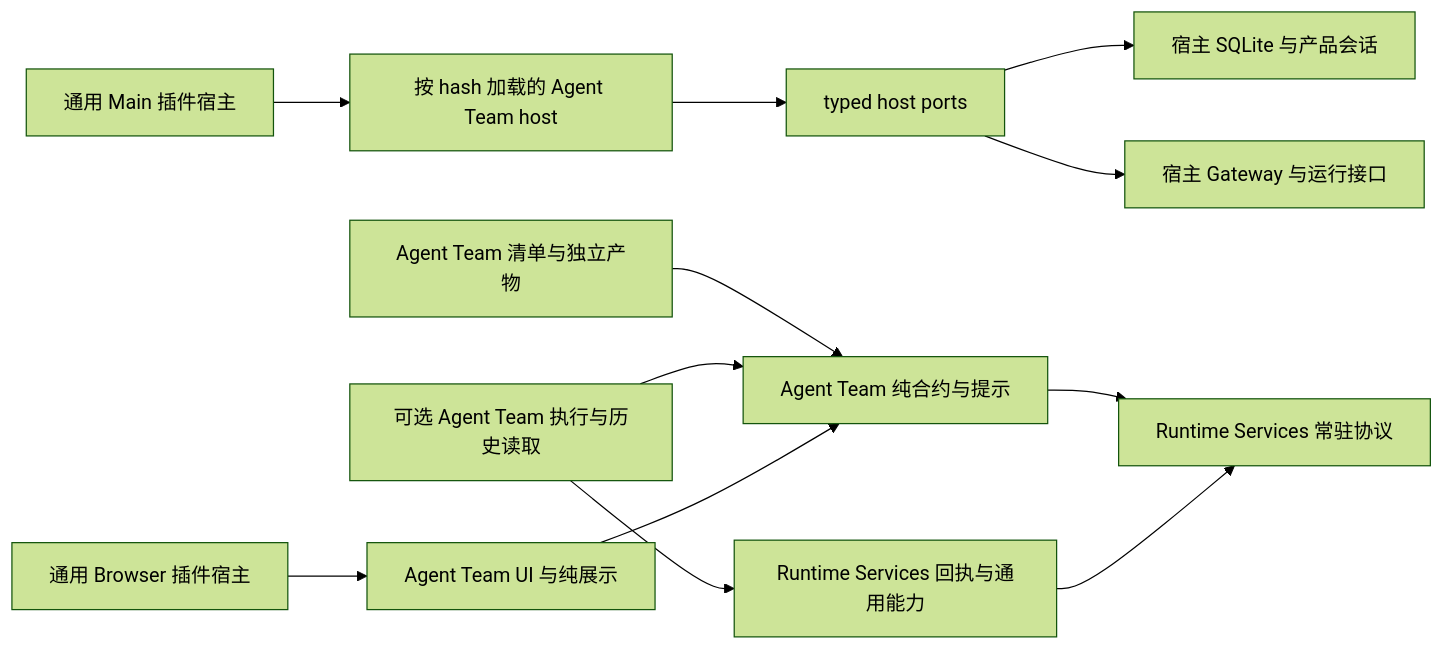
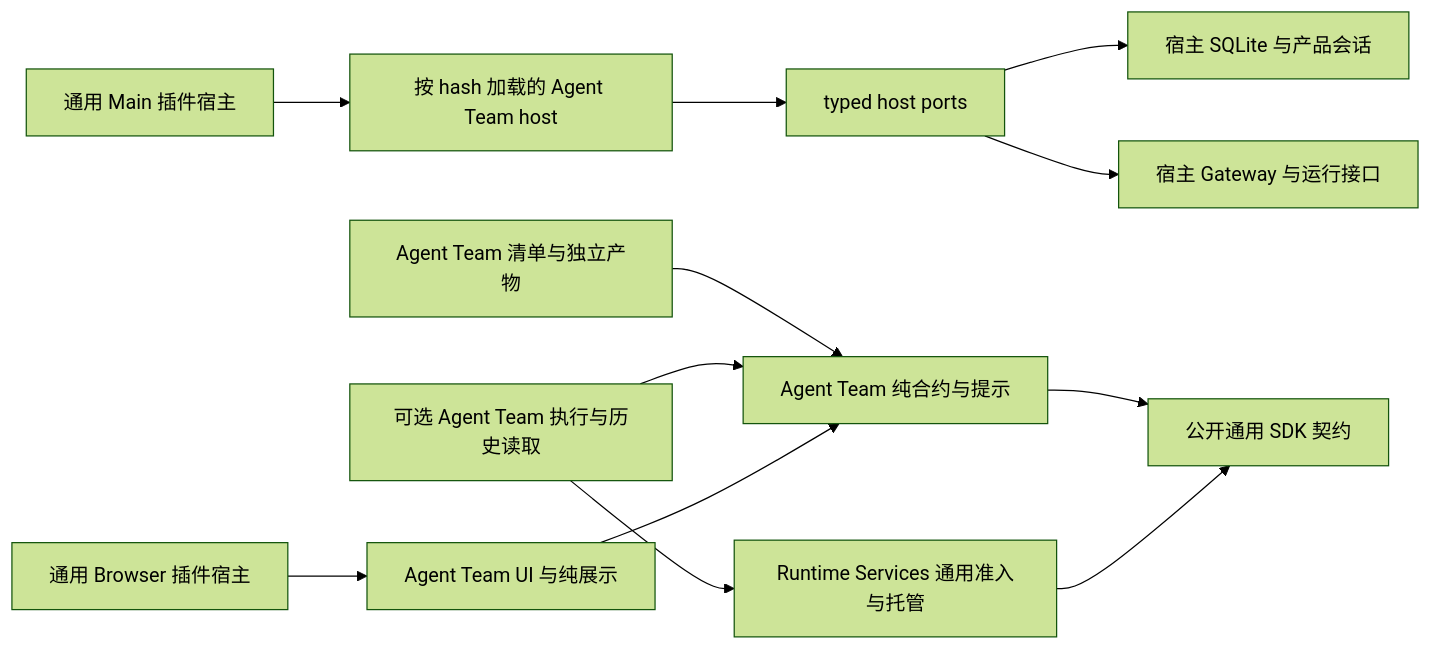
Before and after one commit to liangxhao/JustDo: the second of 2 diagrams in docs/features/assistants/agent-team.md, drawn with Mermaid (forest theme). The commit also changed other lines of this file and 485 other files, not shown here.

````diff
--- a/docs/features/assistants/agent-team.md
+++ b/docs/features/assistants/agent-team.md
@@ -294,14 +311,14 @@
 ```mermaid
 flowchart LR
   Package[Agent Team 清单与独立产物] --> TeamContracts[Agent Team 纯合约与提示]
-  TeamContracts --> RuntimeContracts[Runtime Services 常驻协议]
+  TeamContracts --> RuntimeContracts[公开通用 SDK 契约]
   Team[可选 Agent Team 执行与历史读取] --> TeamContracts
-  Team --> Runtime[Runtime Services 回执与通用能力]
+  Team --> Runtime[Runtime Services 通用准入与托管]
   Runtime --> RuntimeContracts
   MainHost[通用 Main 插件宿主] --> Host[按 hash 加载的 Agent Team host]
   Host --> Ports[typed host ports]
   Ports --> Store[宿主 SQLite 与产品会话]
   Ports --> Gateway[宿主 Gateway 与运行接口]
   BrowserHost[通用 Browser 插件宿主] --> Browser[Agent Team UI 与纯展示]
   Browser --> TeamContracts
 ```
````
